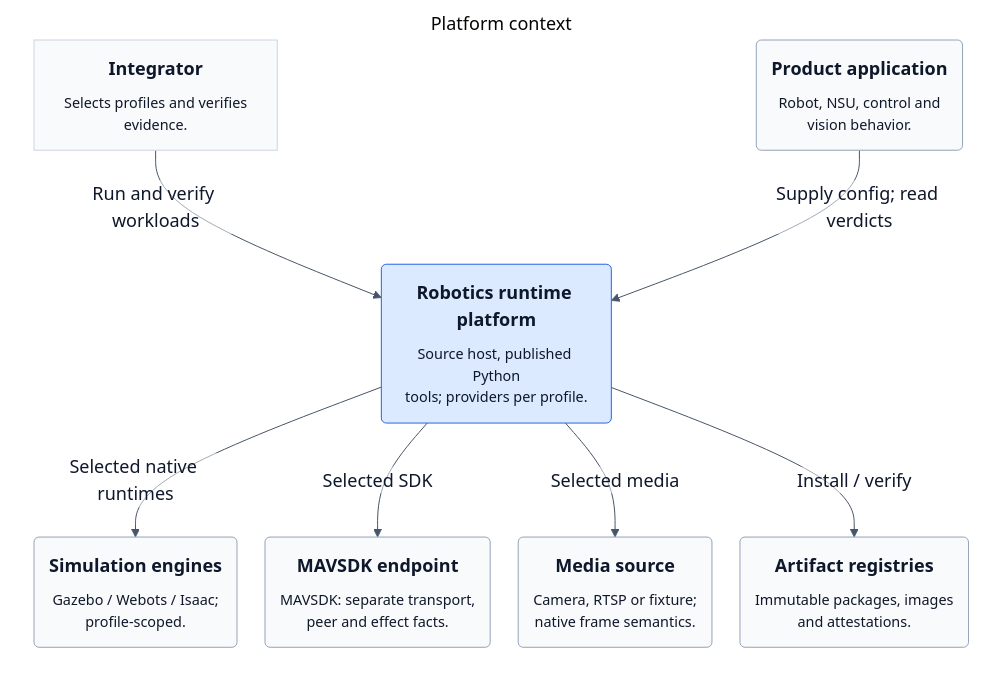
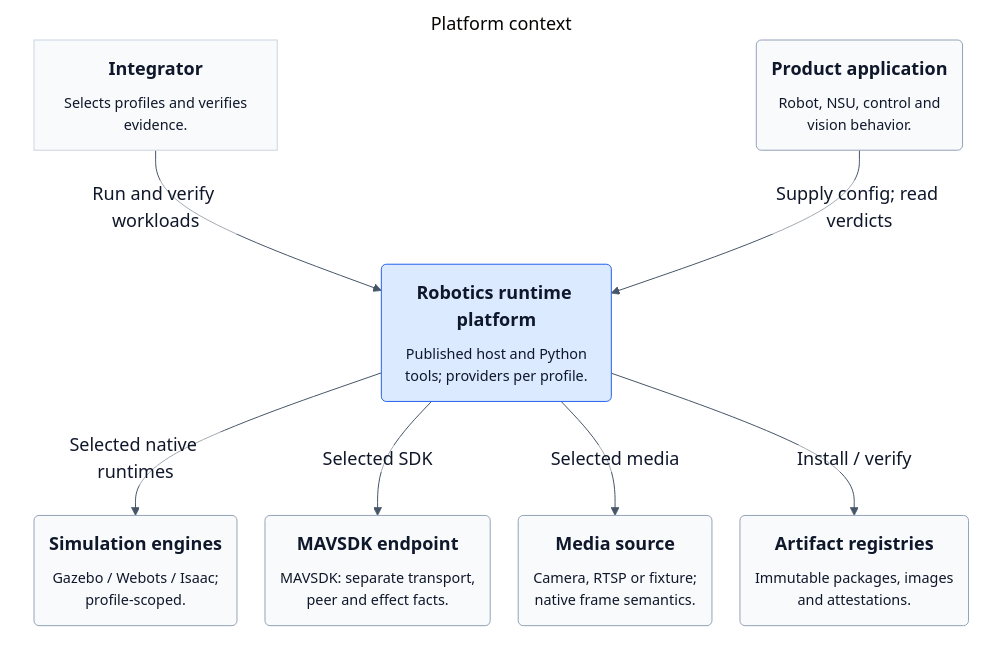
Before and after one commit to mmkolpakov/robotics-runtime: the second of 2 diagrams in README.md, drawn with Mermaid. The commit also changed other lines of this file and 17 other files, not shown here.

Commit message:
Document the published core host and update architecture status

````diff
--- a/README.md
+++ b/README.md
@@ -103,32 +115,32 @@
 ```mermaid
 %%{init: {"theme":"base","themeVariables":{"fontFamily":"Arial, Segoe UI, sans-serif","fontSize":"18px","primaryTextColor":"#0f172a","lineColor":"#475569","edgeLabelBackground":"#ffffff","clusterBkg":"#f8fafc","clusterBorder":"#94a3b8","primaryColor":"#eff6ff","primaryBorderColor":"#64748b","secondaryColor":"#f1f5f9","tertiaryColor":"#f8fafc","noteBkgColor":"#fff7ed","noteBorderColor":"#b45309","noteTextColor":"#0f172a"},"flowchart":{"curve":"basis","htmlLabels":true,"nodeSpacing":28,"rankSpacing":35,"useMaxWidth":false},"sequence":{"useMaxWidth":false,"actorMargin":35,"width":165,"wrap":true,"noteMargin":10},"state":{"useMaxWidth":false}}}%%
 graph LR
   linkStyle default fill:#ffffff
 
   subgraph diagram ["Platform context"]
     style diagram fill:#ffffff,stroke:#ffffff
 
     1["<div style='font-weight: bold'>Integrator</div><div style='font-size: 80%; margin-top:10px'>Selects profiles and verifies<br />evidence.</div>"]
     style 1 fill:#f8fafc,stroke:#cbd5e1,color:#0f172a
     2("<div style='font-weight: bold'>Product application</div><div style='font-size: 80%; margin-top:10px'>Robot, NSU, control and<br />vision behavior.</div>")
     style 2 fill:#f8fafc,stroke:#94a3b8,color:#0f172a
     3("<div style='font-weight: bold'>Simulation engines</div><div style='font-size: 80%; margin-top:10px'>Gazebo / Webots / Isaac;<br />profile-scoped.</div>")
     style 3 fill:#f8fafc,stroke:#94a3b8,color:#0f172a
     4("<div style='font-weight: bold'>MAVSDK endpoint</div><div style='font-size: 80%; margin-top:10px'>MAVSDK: separate transport,<br />peer and effect facts.</div>")
     style 4 fill:#f8fafc,stroke:#94a3b8,color:#0f172a
     5("<div style='font-weight: bold'>Media source</div><div style='font-size: 80%; margin-top:10px'>Camera, RTSP or fixture;<br />native frame semantics.</div>")
     style 5 fill:#f8fafc,stroke:#94a3b8,color:#0f172a
     6("<div style='font-weight: bold'>Artifact registries</div><div style='font-size: 80%; margin-top:10px'>Immutable packages, images<br />and attestations.</div>")
     style 6 fill:#f8fafc,stroke:#94a3b8,color:#0f172a
-    7("<div style='font-weight: bold'>Robotics runtime platform</div><div style='font-size: 80%; margin-top:10px'>Source host, published Python<br />tools; providers per profile.</div>")
+    7("<div style='font-weight: bold'>Robotics runtime platform</div><div style='font-size: 80%; margin-top:10px'>Published host and Python<br />tools; providers per profile.</div>")
     style 7 fill:#dbeafe,stroke:#2563eb,color:#0f172a
 
     1-- "<div>Run and verify workloads</div><div style='font-size: 70%'></div>" -->7
     2-- "<div>Supply config; read verdicts</div><div style='font-size: 70%'></div>" -->7
     7-- "<div>Selected native runtimes</div><div style='font-size: 70%'></div>" -->3
     7-- "<div>Selected SDK</div><div style='font-size: 70%'></div>" -->4
     7-- "<div>Selected media</div><div style='font-size: 70%'></div>" -->5
     7-- "<div>Install / verify</div><div style='font-size: 70%'></div>" -->6
 
   end
 ```
````
